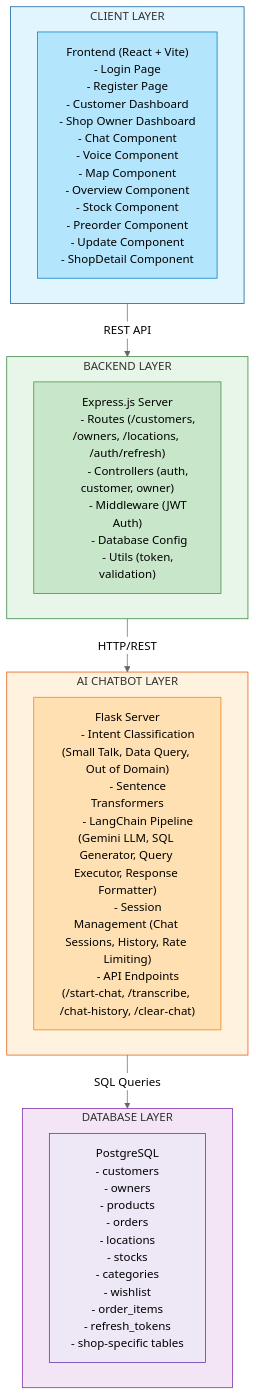
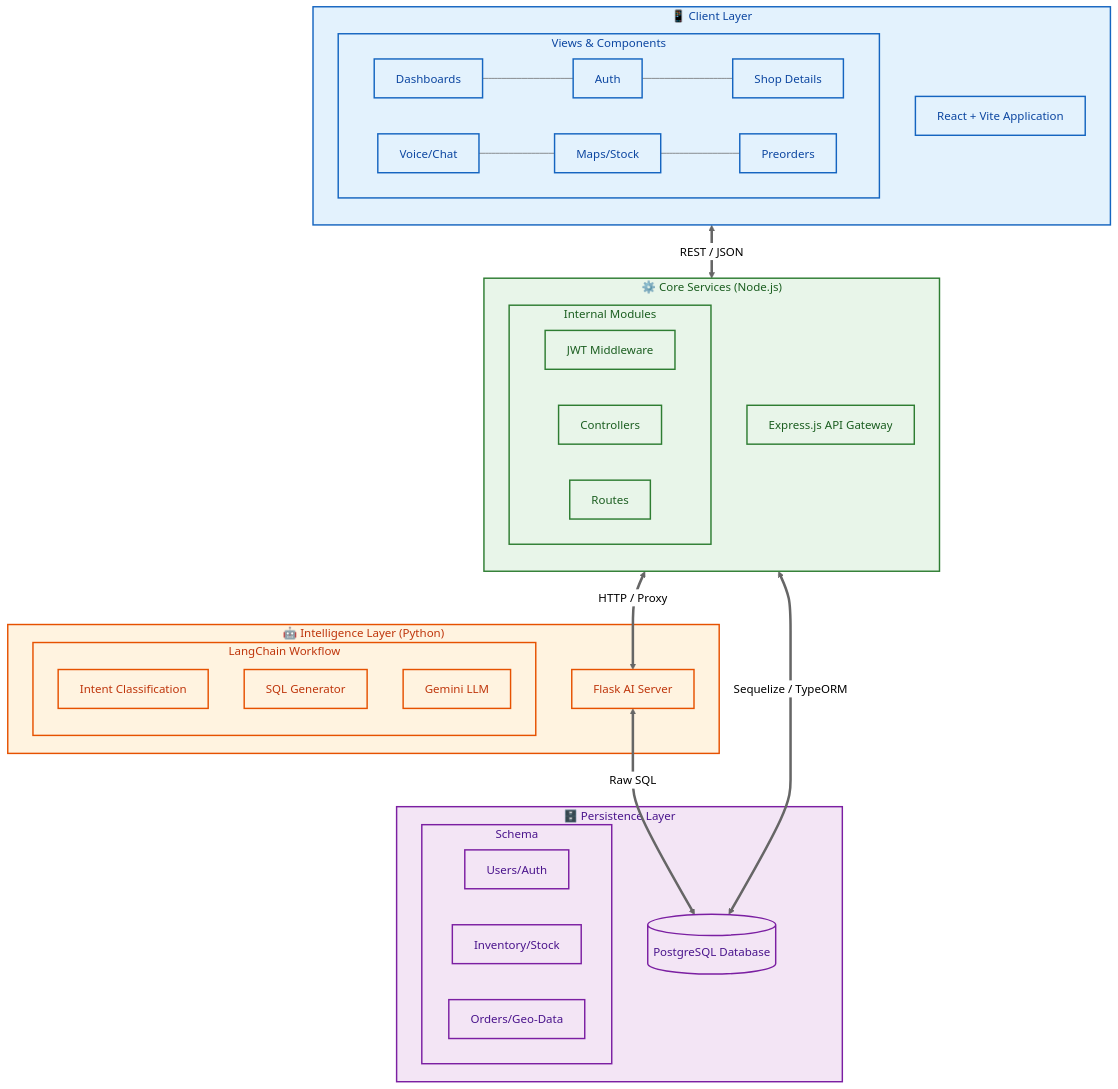
The diagram in README.md (Aswin0526/ShopMate), drawn with Mermaid (neutral theme) before and after one commit.

````diff
--- a/README.md
+++ b/README.md
@@ -9,66 +9,61 @@
 ```mermaid
-flowchart TB
-    subgraph CLIENT["CLIENT LAYER"]
-        FRONTEND["Frontend (React + Vite)
-        - Login Page
-        - Register Page
-        - Customer Dashboard
-        - Shop Owner Dashboard
-        - Chat Component
-        - Voice Component
-        - Map Component
-        - Overview Component
-        - Stock Component
-        - Preorder Component
-        - Update Component
-        - ShopDetail Component"]
+flowchart TD
+    %% Global Styles
+    classDef client fill:#E3F2FD,stroke:#1565C0,stroke-width:2px,color:#0D47A1;
+    classDef server fill:#E8F5E9,stroke:#2E7D32,stroke-width:2px,color:#1B5E20;
+    classDef ai fill:#FFF3E0,stroke:#E65100,stroke-width:2px,color:#BF360C;
+    classDef storage fill:#F3E5F5,stroke:#7B1FA2,stroke-width:2px,color:#4A148C;
+
+    subgraph CLIENT_LAYER ["📱 Client Layer"]
+        direction TB
+        FE[React + Vite Application]
+        subgraph PAGES ["Views & Components"]
+            direction LR
+            P1[Dashboards] --- P2[Auth] --- P3[Shop Details]
+            P4[Voice/Chat] --- P5[Maps/Stock] --- P6[Preorders]
+        end
     end
 
-    CLIENT -->|REST API| BACKEND
-
-    subgraph BACKEND["BACKEND LAYER"]
-        EXPRESS["Express.js Server
-        - Routes (/customers, /owners, /locations, /auth/refresh)
-        - Controllers (auth, customer, owner)
-        - Middleware (JWT Auth)
-        - Database Config
-        - Utils (token, validation)"]
+    subgraph BACKEND_LAYER ["⚙️ Core Services (Node.js)"]
+        EX[Express.js API Gateway]
+        direction TB
+        subgraph EX_INTERNAL ["Internal Modules"]
+            direction RL
+            M1[JWT Middleware]
+            M2[Controllers]
+            M3[Routes]
+        end
     end
 
-    BACKEND -->|HTTP/REST| CHATBOT
-
-    subgraph CHATBOT["AI CHATBOT LAYER"]
-        FLASK["Flask Server
-        - Intent Classification (Small Talk, Data Query, Out of Domain)
-        - Sentence Transformers
-        - LangChain Pipeline (Gemini LLM, SQL Generator, Query Executor, Response Formatter)
-        - Session Management (Chat Sessions, History, Rate Limiting)
-        - API Endpoints (/start-chat, /transcribe, /chat-history, /clear-chat)"]
+    subgraph AI_LAYER ["🤖 Intelligence Layer (Python)"]
+        FL[Flask AI Server]
+        subgraph PIPELINE ["LangChain Workflow"]
+            direction TB
+            LC1[Intent Classification]
+            LC2[SQL Generator]
+            LC3[Gemini LLM]
+        end
     end
 
-    CHATBOT -->|SQL Queries| DATABASE
-
-    subgraph DATABASE["DATABASE LAYER"]
-        DB["PostgreSQL
-        - customers
-        - owners
-        - products
-        - orders
-        - locations
-        - stocks
-        - categories
-        - wishlist
-        - order_items
-        - refresh_tokens
-        - shop-specific tables"]
+    subgraph DB_LAYER ["🗄️ Persistence Layer"]
+        DB[(PostgreSQL Database)]
+        subgraph TABLES ["Schema"]
+            direction RL
+            T1[Users/Auth]
+            T2[Inventory/Stock]
+            T3[Orders/Geo-Data]
+        end
     end
 
-    style CLIENT fill:#e1f5fe,stroke:#01579b
-    style FRONTEND fill:#b3e5fc,stroke:#0277bd
-    style BACKEND fill:#e8f5e9,stroke:#2e7d32
-    style EXPRESS fill:#c8e6c9,stroke:#388e3c
-    style CHATBOT fill:#fff3e0,stroke:#e65100
-    style FLASK fill:#ffe0b2,stroke:#f57c00
-    style DATABASE fill:#f3e5f5,stroke:#7b1fa2
-    style DB fill:#ede7f6,stroke:#512da8
+    %% Connectivity
+    FE <== "REST / JSON" ==> EX
+    EX <== "HTTP / Proxy" ==> FL
+    FL <== "Raw SQL" ==> DB
+    EX <== "Sequelize / TypeORM" ==> DB
+
+    %% Assign Classes
+    class CLIENT_LAYER,FE,PAGES,P1,P2,P3,P4,P5,P6 client;
+    class BACKEND_LAYER,EX,EX_INTERNAL,M1,M2,M3 server;
+    class AI_LAYER,FL,PIPELINE,LC1,LC2,LC3 ai;
+    class DB_LAYER,DB,TABLES,T1,T2,T3 storage;
 ```
````
